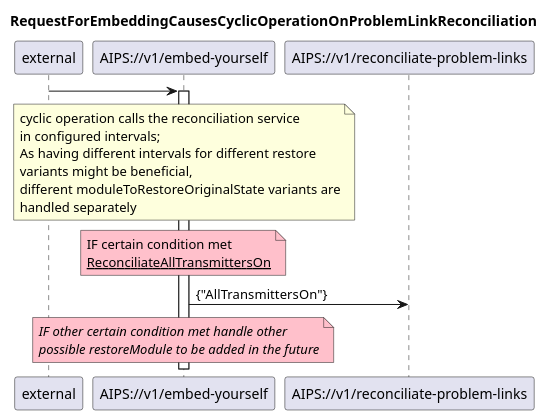
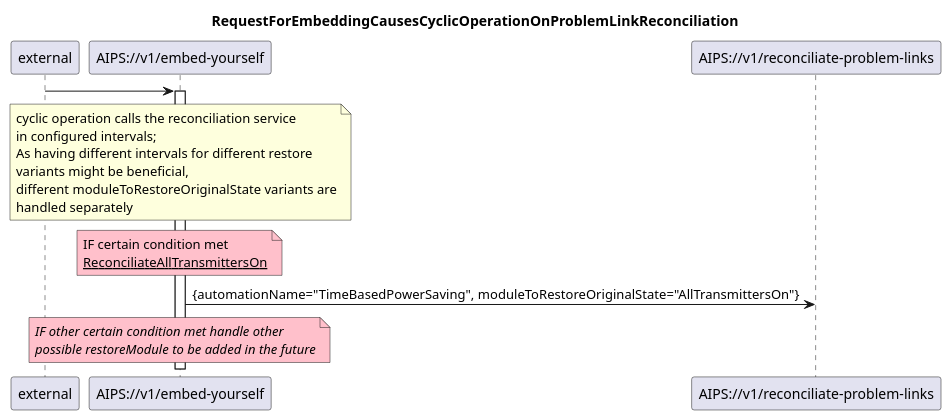
Before and after one commit to openBackhaul/AirInterfacePowerSaver: the diagram in spec/diagrams/02_LinkGroupRelatedAutomation/reconciliation/22x_cyclicOperationOnProblemLinkReconciliation.plantuml, drawn with PlantUML. The commit also changed 8 other files, not shown here.

Commit message:
update diagrams

```diff
--- a/spec/diagrams/02_LinkGroupRelatedAutomation/reconciliation/22x_cyclicOperationOnProblemLinkReconciliation.plantuml
+++ b/spec/diagrams/02_LinkGroupRelatedAutomation/reconciliation/22x_cyclicOperationOnProblemLinkReconciliation.plantuml
@@ -1,38 +1,38 @@
 @startuml 22x_cyclicOperationOnProblemLinkReconciliation
 skinparam responseMessageBelowArrow true
 
 title
 RequestForEmbeddingCausesCyclicOperationOnProblemLinkReconciliation
 end title
 
 participant "external" as requestor
 participant "AIPS://v1/embed-yourself" as embed
 participant "AIPS://v1/reconciliate-problem-links" as reconciliate
 
 
 requestor -> embed
 activate embed
 
 note over embed
   cyclic operation calls the reconciliation service
   in configured intervals;
   As having different intervals for different restore
   variants might be beneficial,
   different moduleToRestoreOriginalState variants are
   handled separately 
 end note
 
 note over embed #pink
   IF certain condition met
   <u>ReconciliateAllTransmittersOn</u>
 end note
-embed -> reconciliate: {"AllTransmittersOn"}
+embed -> reconciliate: {automationName="TimeBasedPowerSaving", moduleToRestoreOriginalState="AllTransmittersOn"}
 
 note over embed #pink
   <i>IF other certain condition met handle other </i>
   <i>possible restoreModule to be added in the future</i>
 end note
 
 'deactivate embed
 
 @enduml
```
